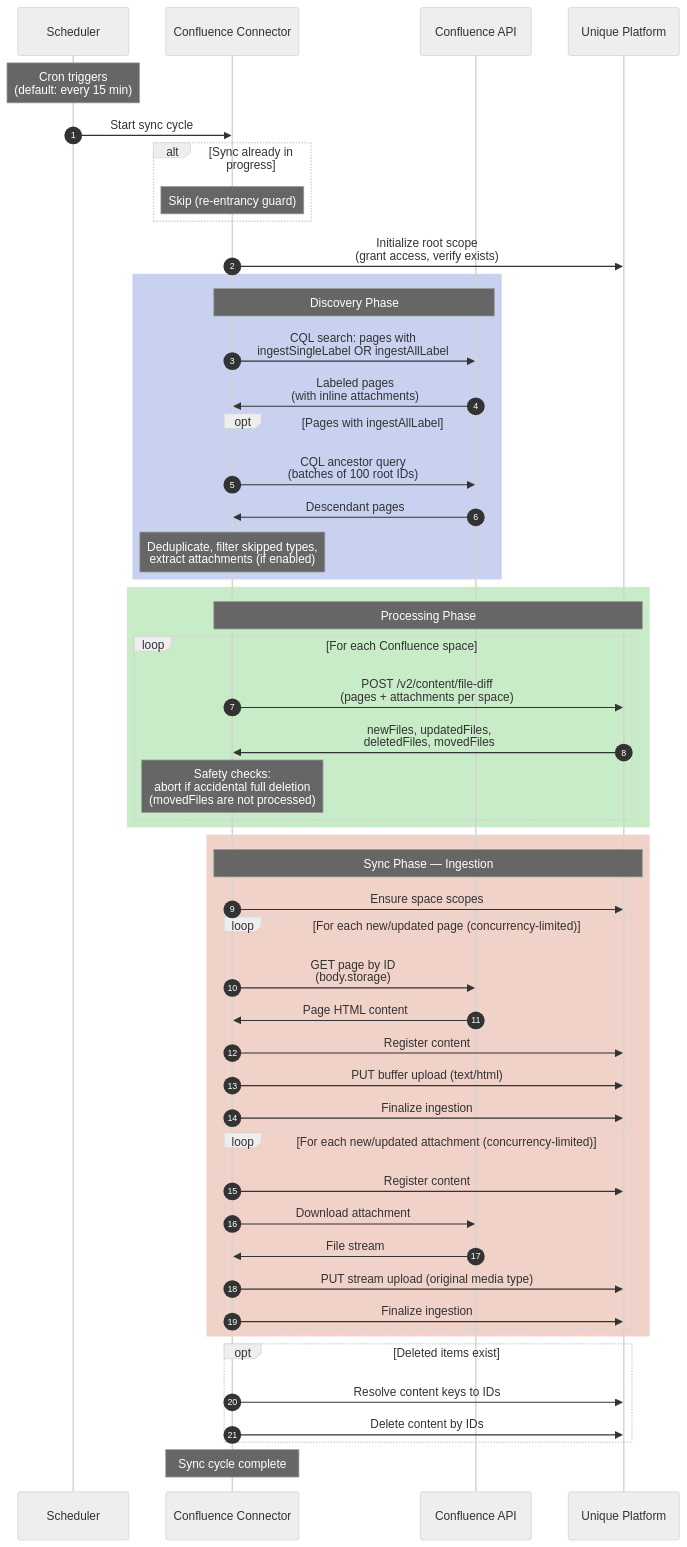
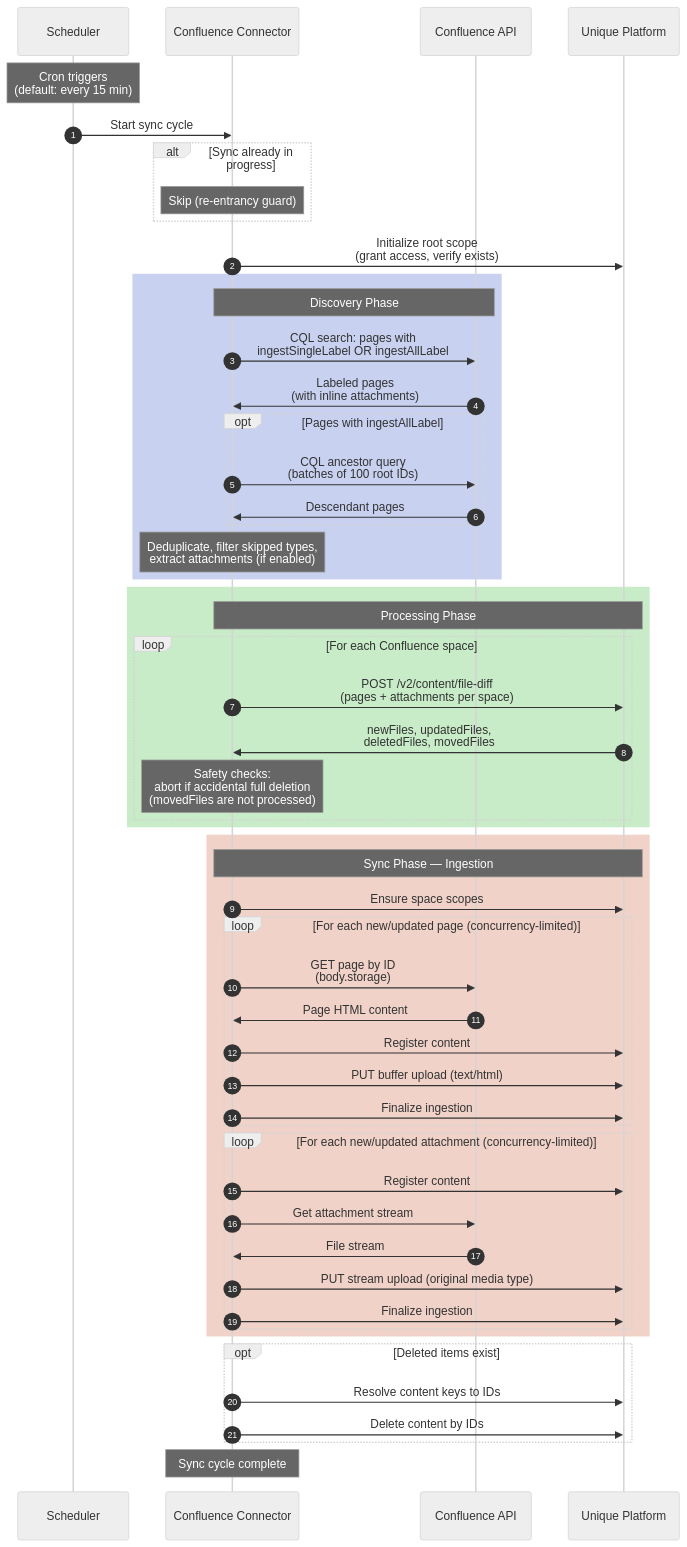
One commit to Unique-AG/connectors changed the second of 6 diagrams in services/confluence-connector/docs/technical/flows.md. Above: the diagram before and after it, drawn with Mermaid (neutral theme). The commit also changed other lines of this file and 1 other file, not shown here.

Commit message:
refact: flows.md

````diff
--- a/services/confluence-connector/docs/technical/flows.md
+++ b/services/confluence-connector/docs/technical/flows.md
@@ -62,67 +62,67 @@
 ```mermaid
 sequenceDiagram
     autonumber
     participant Scheduler
     participant Connector as Confluence Connector
     participant Confluence as Confluence API
     participant Unique as Unique Platform
 
     Note over Scheduler: Cron triggers<br/>(default: every 15 min)
     Scheduler->>Connector: Start sync cycle
 
     alt Sync already in progress
         Note over Connector: Skip (re-entrancy guard)
     end
 
     Connector->>Unique: Initialize root scope<br/>(grant access, verify exists)
 
     rect rgb(200, 210, 240)
         Note over Connector,Confluence: Discovery Phase
         Connector->>Confluence: CQL search: pages with<br/>ingestSingleLabel OR ingestAllLabel
         Confluence->>Connector: Labeled pages<br/>(with inline attachments)
 
         opt Pages with ingestAllLabel
             Connector->>Confluence: CQL ancestor query<br/>(batches of 100 root IDs)
             Confluence->>Connector: Descendant pages
         end
 
         Note over Connector: Deduplicate, filter skipped types,<br/>extract attachments (if enabled)
     end
 
     rect rgb(200, 235, 200)
         Note over Connector,Unique: Processing Phase
         loop For each Confluence space
             Connector->>Unique: POST /v2/content/file-diff<br/>(pages + attachments per space)
             Unique->>Connector: newFiles, updatedFiles,<br/>deletedFiles, movedFiles
             Note over Connector: Safety checks:<br/>abort if accidental full deletion<br/>(movedFiles are not processed)
         end
     end
 
     rect rgb(240, 210, 200)
         Note over Connector,Unique: Sync Phase — Ingestion
         Connector->>Unique: Ensure space scopes
 
         loop For each new/updated page (concurrency-limited)
             Connector->>Confluence: GET page by ID<br/>(body.storage)
             Confluence->>Connector: Page HTML content
             Connector->>Unique: Register content
             Connector->>Unique: PUT buffer upload (text/html)
             Connector->>Unique: Finalize ingestion
         end
 
         loop For each new/updated attachment (concurrency-limited)
             Connector->>Unique: Register content
-            Connector->>Confluence: Download attachment
+            Connector->>Confluence: Get attachment stream
             Confluence->>Connector: File stream
             Connector->>Unique: PUT stream upload (original media type)
             Connector->>Unique: Finalize ingestion
         end
     end
 
     opt Deleted items exist
         Connector->>Unique: Resolve content keys to IDs
         Connector->>Unique: Delete content by IDs
     end
 
     Note over Connector: Sync cycle complete
 ```
````
